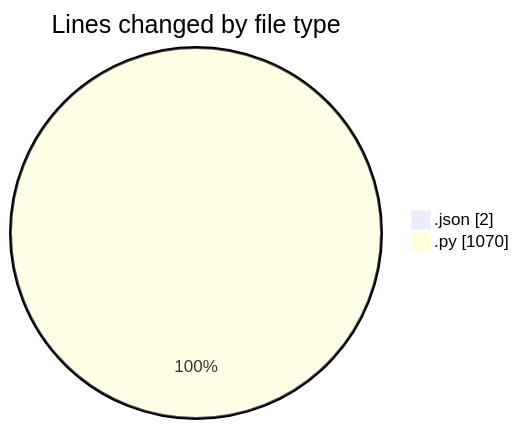
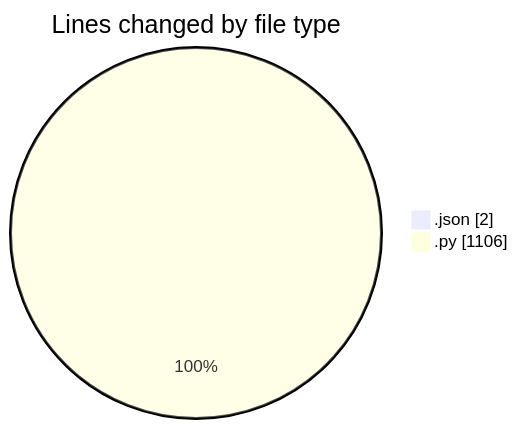
Before and after one commit to MatusMokan/code-tracking: the first of 2 diagrams in 2025-02-19/myws__workspace_/README.md, drawn with Mermaid. The commit also changed other lines of this file and 1 other file, not shown here.

````diff
--- a/2025-02-19/myws__workspace_/README.md
+++ b/2025-02-19/myws__workspace_/README.md
@@ -24,6 +24,6 @@
 ```mermaid
 pie showData
 title Lines changed by file type
 ".json" : 2
-".py" : 1070
+".py" : 1106
 ```
````
